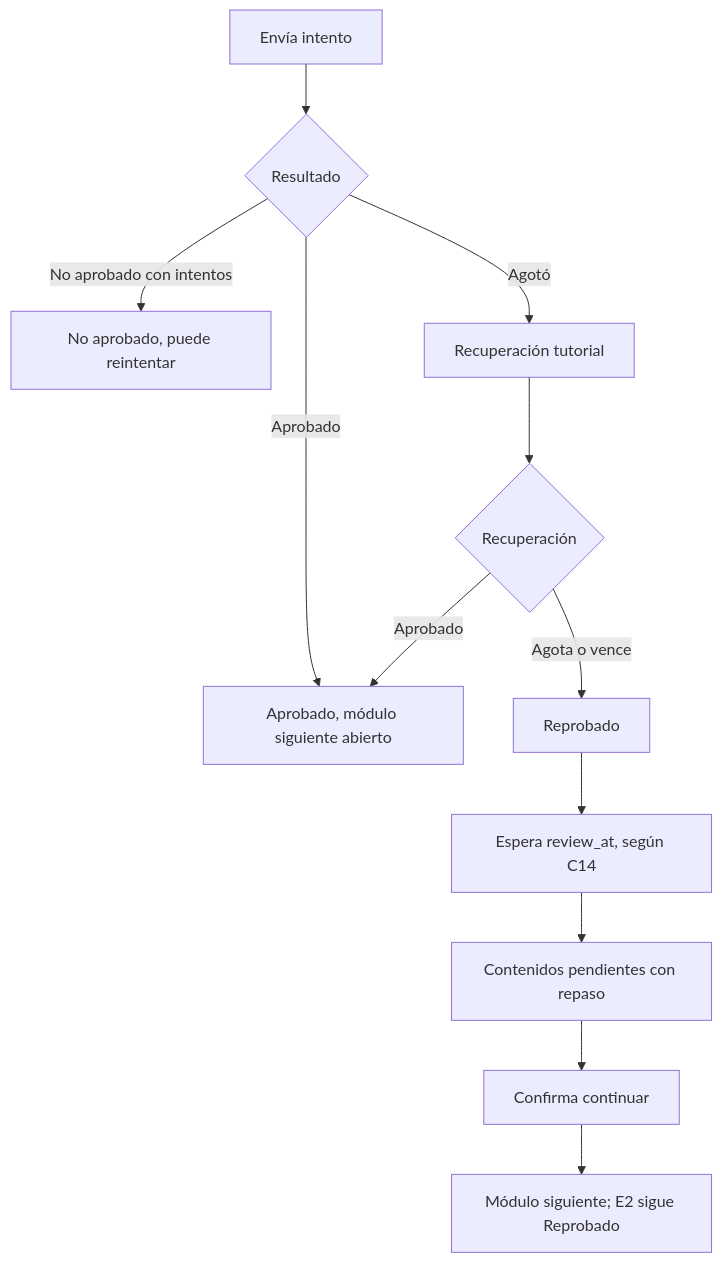
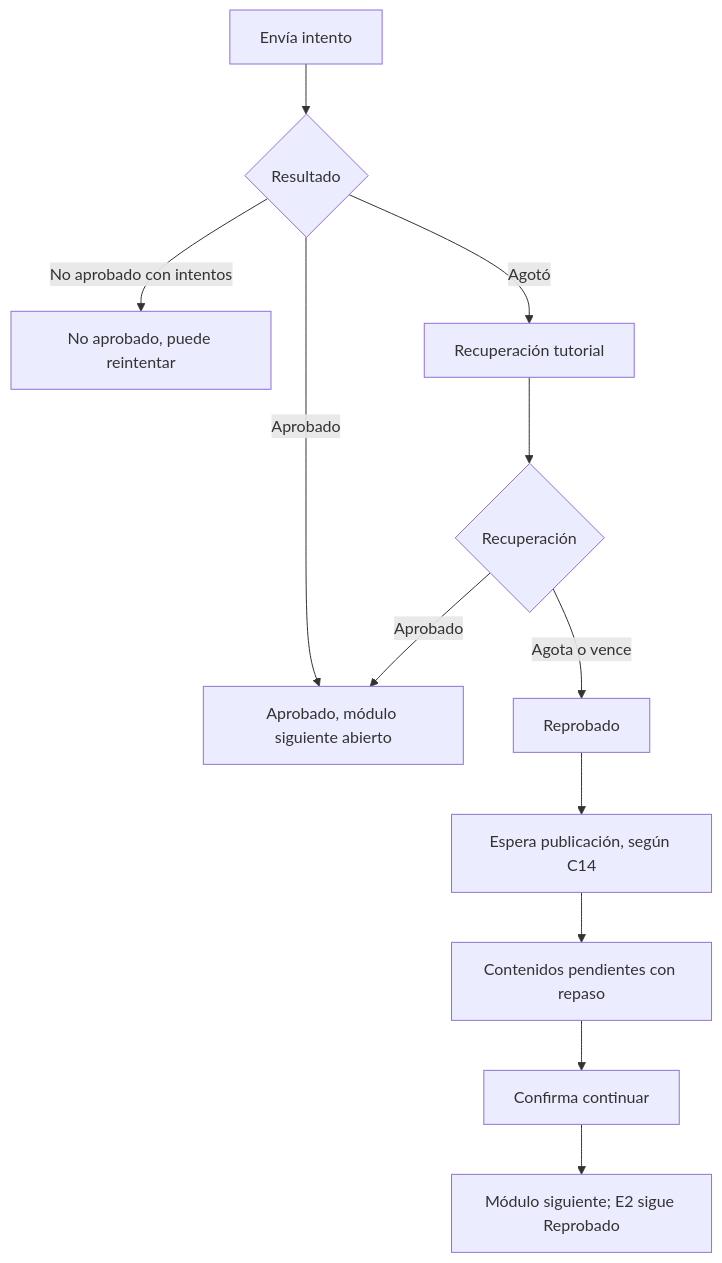
The third of 3 diagrams in docs/vortice/diseno-tecnico/06_EXPERIENCIA_DEL_ESTUDIANTE.md (juanpablomonsalvezb-alt/brkl), drawn with Mermaid before and after one commit. The commit also changed other lines of this file and 11 other files, not shown here.

````diff
--- a/docs/vortice/diseno-tecnico/06_EXPERIENCIA_DEL_ESTUDIANTE.md
+++ b/docs/vortice/diseno-tecnico/06_EXPERIENCIA_DEL_ESTUDIANTE.md
@@ -116,14 +116,14 @@
 ```mermaid
 flowchart TD
   A[Envía intento] --> B{Resultado}
   B -->|Aprobado| C[Aprobado, módulo siguiente abierto]
   B -->|No aprobado con intentos| D[No aprobado, puede reintentar]
   B -->|Agotó| E[Recuperación tutorial]
   E --> F{Recuperación}
   F -->|Aprobado| C
   F -->|Agota o vence| G[Reprobado]
-  G --> H[Espera review_at, según C14]
+  G --> H[Espera publicación, según C14]
   H --> I[Contenidos pendientes con repaso]
   I --> J[Confirma continuar]
   J --> K[Módulo siguiente; E2 sigue Reprobado]
 ```
````
